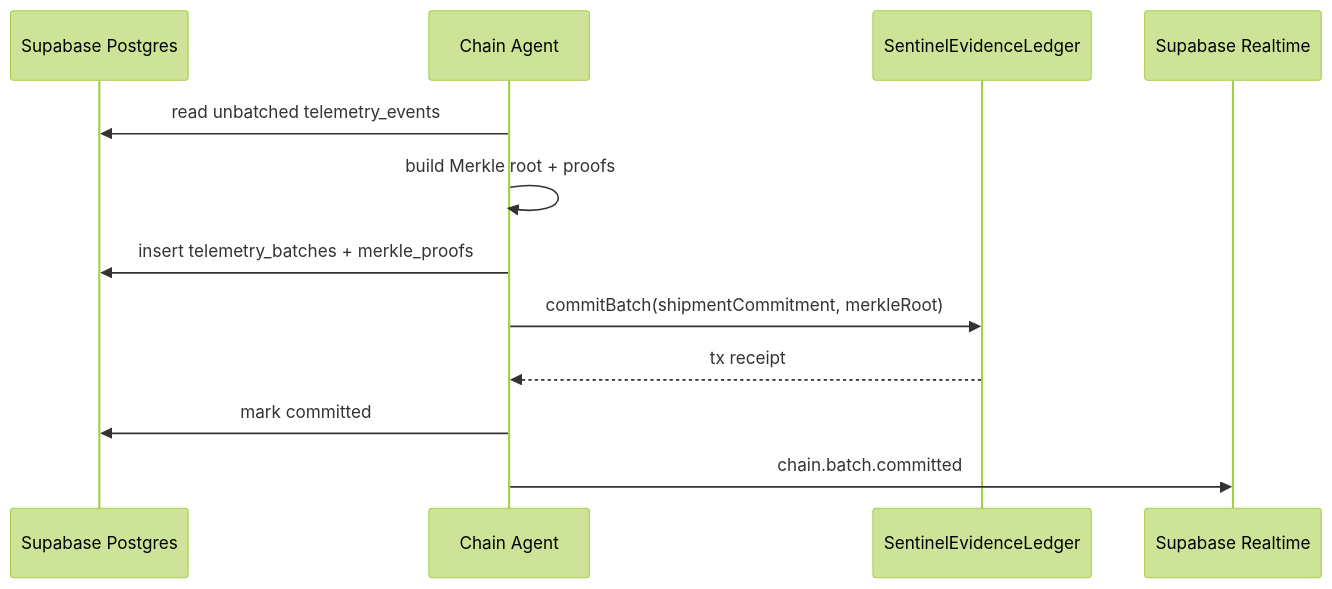
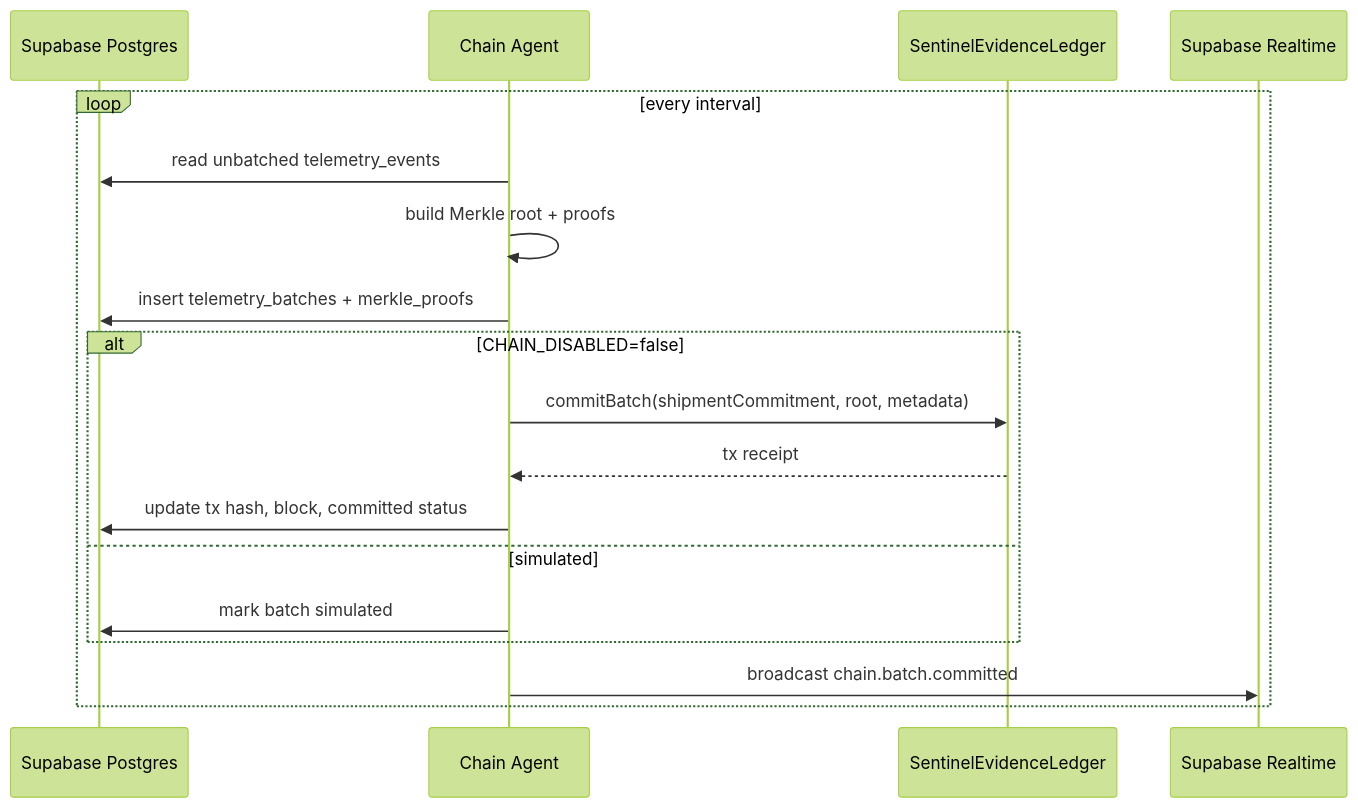
Before and after one commit to roshaninfordham/monad-sentinel: the first of 2 diagrams in packages/chain-agent/README.md, drawn with Mermaid (forest theme). The commit also changed other lines of this file and 22 other files, not shown here.

Commit message:
docs: refresh architecture docs and screenshots

````diff
--- a/packages/chain-agent/README.md
+++ b/packages/chain-agent/README.md
@@ -17,15 +20,21 @@
 ```mermaid
 sequenceDiagram
   participant DB as Supabase Postgres
   participant Agent as Chain Agent
   participant Monad as SentinelEvidenceLedger
   participant RT as Supabase Realtime
 
-  Agent->>DB: read unbatched telemetry_events
-  Agent->>Agent: build Merkle root + proofs
-  Agent->>DB: insert telemetry_batches + merkle_proofs
-  Agent->>Monad: commitBatch(shipmentCommitment, merkleRoot)
-  Monad-->>Agent: tx receipt
-  Agent->>DB: mark committed
-  Agent->>RT: chain.batch.committed
+  loop every interval
+    Agent->>DB: read unbatched telemetry_events
+    Agent->>Agent: build Merkle root + proofs
+    Agent->>DB: insert telemetry_batches + merkle_proofs
+    alt CHAIN_DISABLED=false
+      Agent->>Monad: commitBatch(shipmentCommitment, root, metadata)
+      Monad-->>Agent: tx receipt
+      Agent->>DB: update tx hash, block, committed status
+    else simulated
+      Agent->>DB: mark batch simulated
+    end
+    Agent->>RT: broadcast chain.batch.committed
+  end
 ```
````
